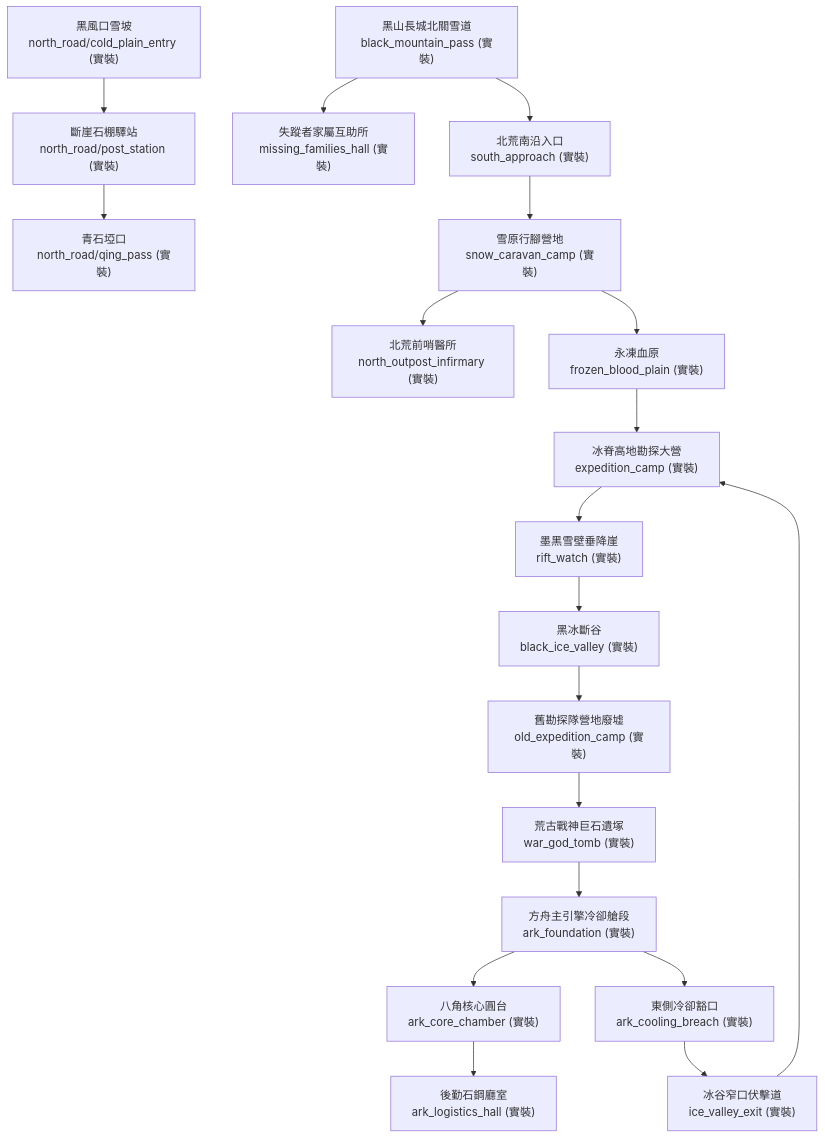
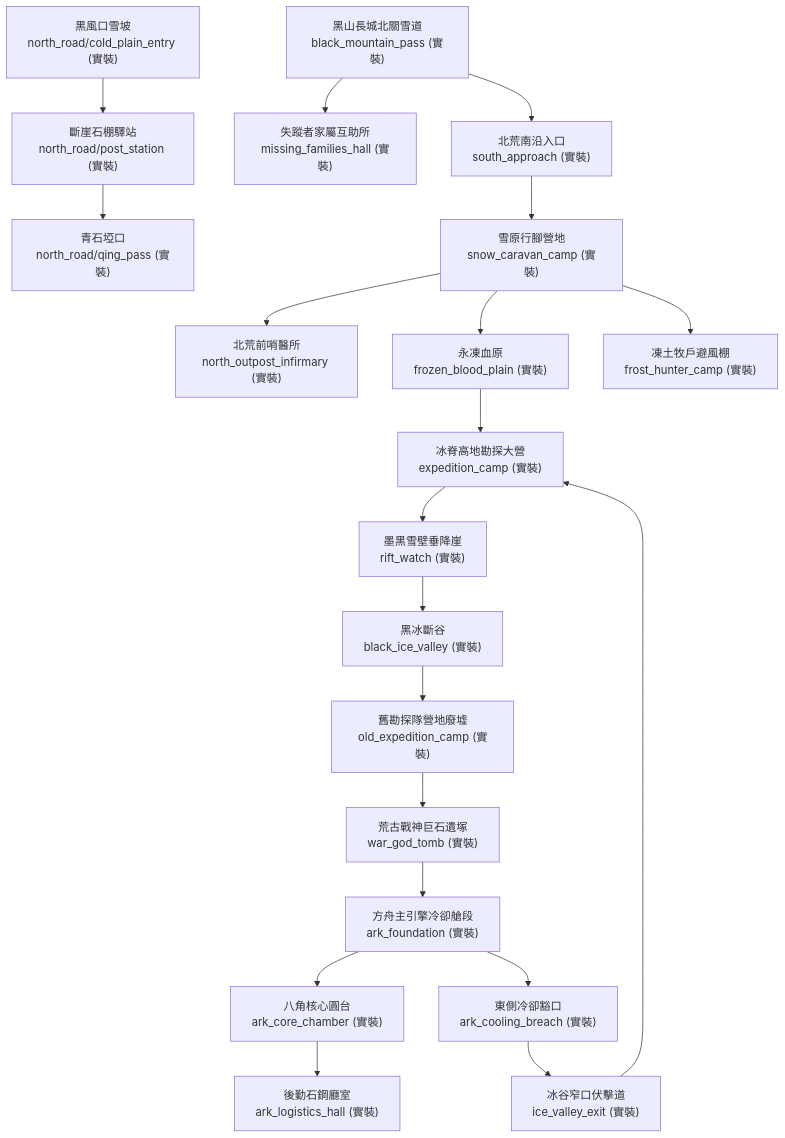
The diagram in forgotten-space/narrative/docs/maps/tier2/wastes_map.md (wade-fs/mudscript), drawn with Mermaid before and after one commit. The commit also changed other lines of this file and 16 other files, not shown here.

````diff
--- a/forgotten-space/narrative/docs/maps/tier2/wastes_map.md
+++ b/forgotten-space/narrative/docs/maps/tier2/wastes_map.md
@@ -31,31 +32,32 @@
 ```mermaid
 flowchart TD
   cold_plain_entry["黑風口雪坡<br/>north_road/cold_plain_entry (實裝)"]
   post_station["斷崖石棚驛站<br/>north_road/post_station (實裝)"]
   qing_pass["青石埡口<br/>north_road/qing_pass (實裝)"]
   black_mountain_pass["黑山長城北關雪道<br/>black_mountain_pass (實裝)"]
   missing_families_hall["失蹤者家屬互助所<br/>missing_families_hall (實裝)"]
   south_approach["北荒南沿入口<br/>south_approach (實裝)"]
   snow_caravan_camp["雪原行腳營地<br/>snow_caravan_camp (實裝)"]
   north_outpost_infirmary["北荒前哨醫所<br/>north_outpost_infirmary (實裝)"]
   frozen_blood_plain["永凍血原<br/>frozen_blood_plain (實裝)"]
   expedition_camp["冰脊高地勘探大營<br/>expedition_camp (實裝)"]
   rift_watch["墨黑雪壁垂降崖<br/>rift_watch (實裝)"]
   black_ice_valley["黑冰斷谷<br/>black_ice_valley (實裝)"]
   old_expedition_camp["舊勘探隊營地廢墟<br/>old_expedition_camp (實裝)"]
   war_god_tomb["荒古戰神巨石遺塚<br/>war_god_tomb (實裝)"]
   ark_foundation["方舟主引擎冷卻艙段<br/>ark_foundation (實裝)"]
   ark_core_chamber["八角核心圓台<br/>ark_core_chamber (實裝)"]
   ark_logistics_hall["後勤石鋼廳室<br/>ark_logistics_hall (實裝)"]
   ark_cooling_breach["東側冷卻豁口<br/>ark_cooling_breach (實裝)"]
   ice_valley_exit["冰谷窄口伏擊道<br/>ice_valley_exit (實裝)"]
 
   cold_plain_entry --> post_station --> qing_pass
   black_mountain_pass --> missing_families_hall
   black_mountain_pass --> south_approach --> snow_caravan_camp
   snow_caravan_camp --> north_outpost_infirmary
+  snow_caravan_camp --> frost_hunter_camp["凍土牧戶避風棚<br/>frost_hunter_camp (實裝)"]
   snow_caravan_camp --> frozen_blood_plain --> expedition_camp
   expedition_camp --> rift_watch --> black_ice_valley --> old_expedition_camp --> war_god_tomb --> ark_foundation
   ark_foundation --> ark_core_chamber --> ark_logistics_hall
   ark_foundation --> ark_cooling_breach --> ice_valley_exit --> expedition_camp
 ```
````
